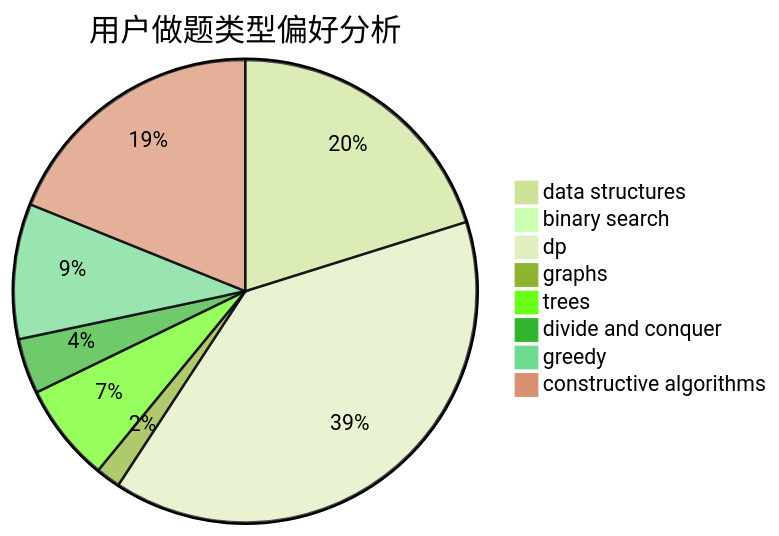
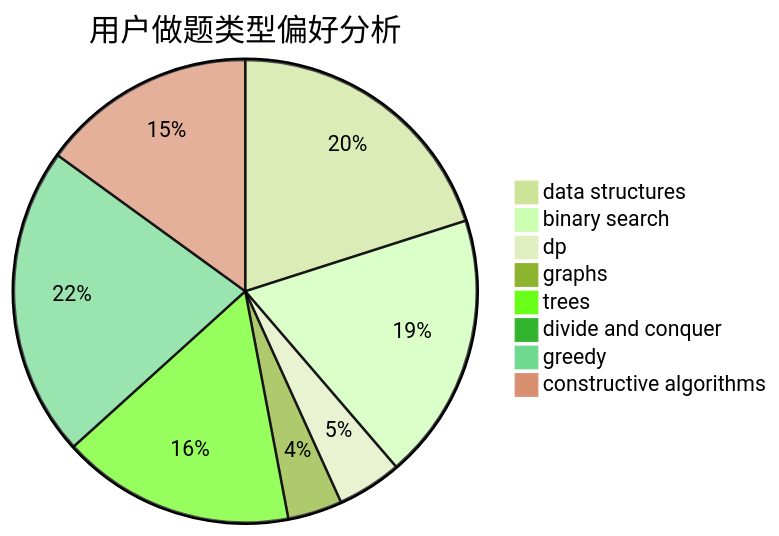
The second of 3 diagrams in docs/user/u557.md (sherpahu/cfrs.github.io), drawn with Mermaid (forest theme) before and after one commit. The commit also changed other lines of this file and 2770 other files, not shown here.

````diff
--- a/docs/user/u557.md
+++ b/docs/user/u557.md
@@ -23,11 +23,11 @@
 ```mermaid
 pie title 用户做题类型偏好分析
-    "data structures" :  47
-    "binary search" :  2
-    "dp" :  91
-    "graphs" :  4
-    "trees" :  16
-    "divide and conquer" :  9
-    "greedy" :  22
-    "constructive algorithms" :  44
+    "data structures" :  111
+    "binary search" :  103
+    "dp" :  25
+    "graphs" :  21
+    "trees" :  90
+    "divide and conquer" :  0
+    "greedy" :  120
+    "constructive algorithms" :  83
 ```
````
